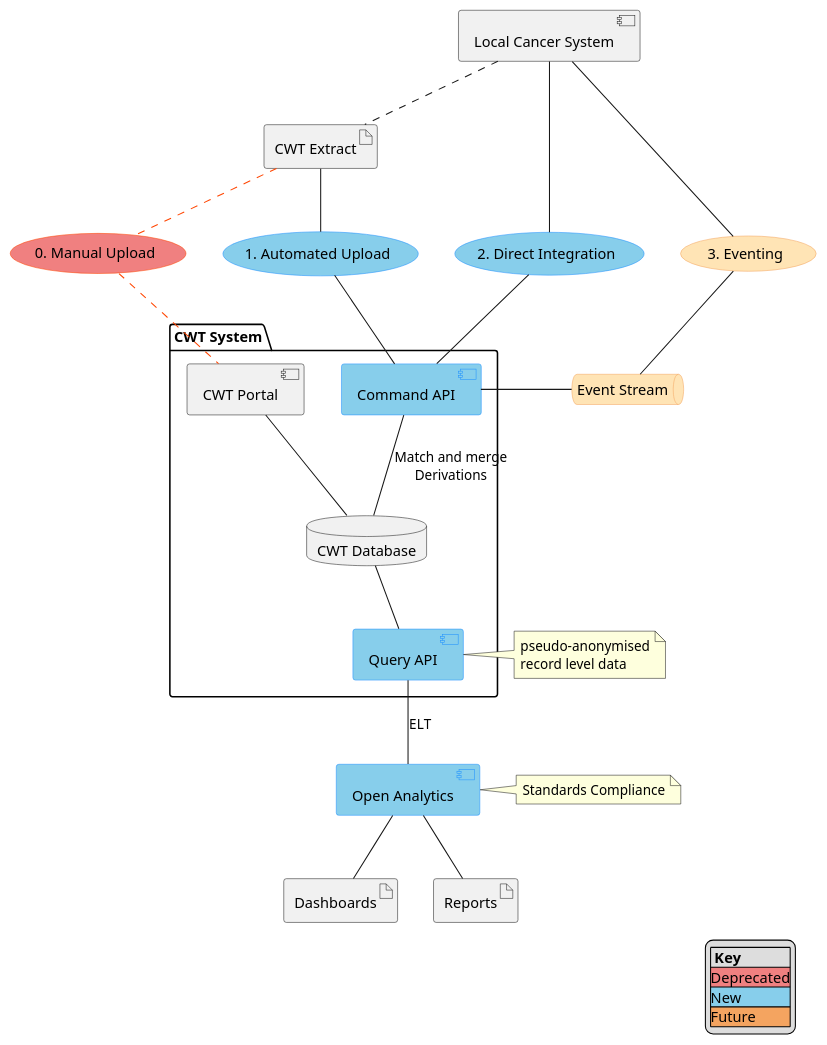
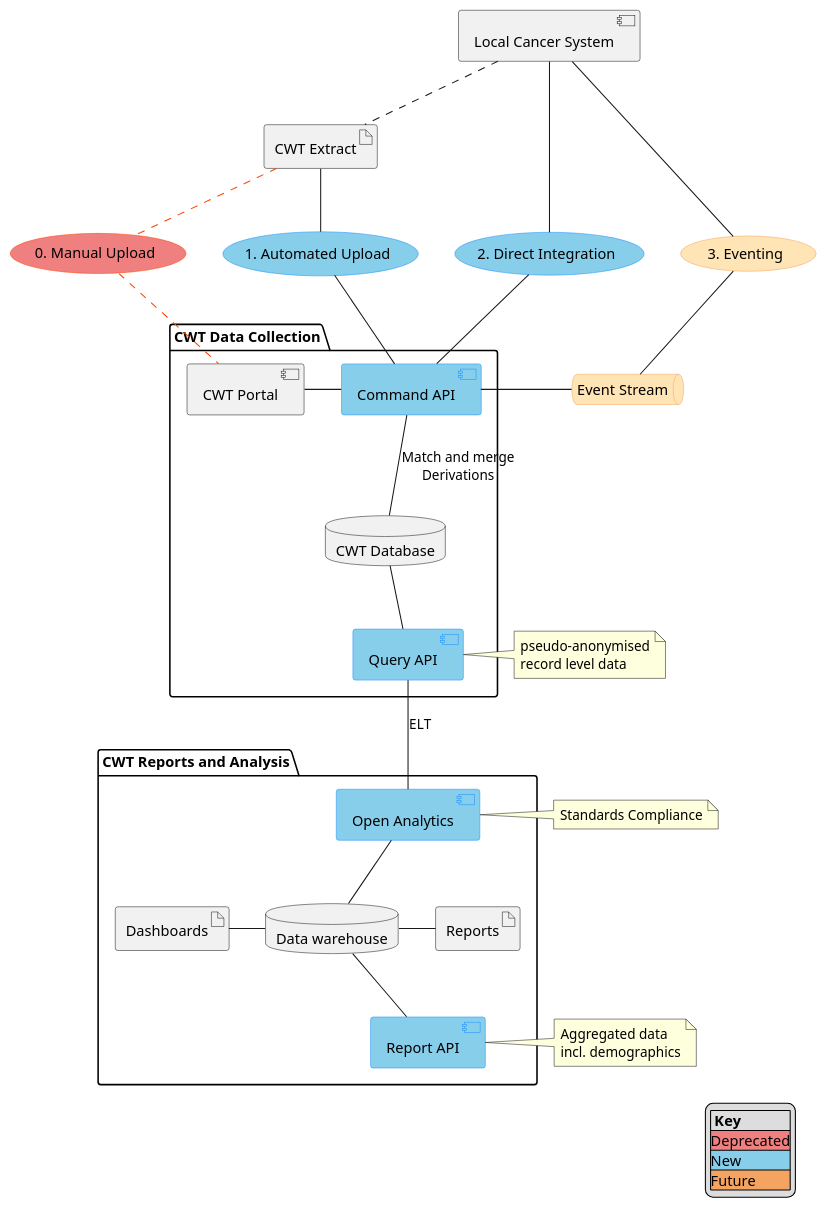
Before and after one commit to nhsx/dt-public: the diagram in CWT/ToBe/conceptual-model.puml, drawn with PlantUML. The commit also changed 3 other files, not shown here.

Commit message:
Update file(s) "/." from "nhsx/dt-architecture"

```diff
--- a/CWT/ToBe/conceptual-model.puml
+++ b/CWT/ToBe/conceptual-model.puml
@@ -1,108 +1,123 @@
 @startuml cwt-tobe-conceptual-model
 'left to right direction
 
 hide stereotype
 skinparam usecase {
   BackgroundColor<<New>> #SkyBlue
   BorderColor<<New>> #DodgerBlue
 
   BackgroundColor<<Deprecated>> #LightCoral  
   BorderColor<<Deprecated>> #OrangeRed
 
   BackgroundColor<<Future>> #Moccasin  
   BorderColor<<Future>> #SandyBrown  
 }
 
 skinparam component {
   BackgroundColor<<New>> #SkyBlue
   BorderColor<<New>> #DodgerBlue
 
   BackgroundColor<<Deprecated>> #LightCoral  
   BorderColor<<Deprecated>> #OrangeRed
 }
 
 skinparam queue {
   BackgroundColor<<Future>> #Moccasin  
   BorderColor<<Future>> #SandyBrown    
 }
 
 skinparam arrow {
   Color<<Deprecated>> #OrangeRed 
 }
 
 skinparam rectangle {
   BackgroundColor<<New>> #SkyBlue
   BorderColor<<New>> #DodgerBlue
 
   BackgroundColor<<Deprecated>> #LightCoral  
   BorderColor<<Deprecated>> #OrangeRed
 
   BackgroundColor<<Future>> #Moccasin  
   BorderColor<<Future>> #SandyBrown    
 }
 
 component "Local Cancer System" as lcs
 queue "Event Stream" <<Future>> as es
 artifact "CWT Extract" as file
 
 usecase "0. Manual Upload" <<Deprecated>> as mup
 usecase "1. Automated Upload" <<New>> as aup
 usecase "2. Direct Integration" <<New>> as di
 usecase "3. Eventing" <<Future>> as ev
 
-package "CWT System" {
+package "CWT Data Collection" {
 
 component "CWT Portal" as cwt
 component "Command API" <<New>> as capi
 database "CWT Database" as db
 component "Query API" <<New>>   as qapi
 
-cwt -- db
+cwt - capi
 capi -- db : Match and merge\nDerivations 
 db -- qapi
 
 }
 
+package "CWT Reports and Analysis" {
+
+
 component "Open Analytics" <<New>> as oa
-
+database "Data warehouse" as dw
+component "Report API" <<New>> as ra
 artifact "Dashboards" as dbs
 artifact "Reports" as rpt
+}
 
 note as n1
   pseudo-anonymised
   record level data
 endnote
 
 note as n2
   Standards Compliance
+endnote
+
+note as n3
+  Aggregated data 
+  incl. demographics
 endnote
 
 lcs .. file
 file .. mup<<Deprecated>>
 mup .. cwt<<Deprecated>>
 
 file -- aup
 aup -- capi
 
 lcs --- di
 di -- capi
 
 lcs --- ev
 ev -- es
 capi - es
 
 qapi -- oa : ELT
-oa -- dbs
-oa -- rpt
+oa -- dw
+
+dw -- ra
+
+dw -left- dbs
+dw -right- rpt
 
 qapi - n1
 oa - n2
+ra - n3
 
 legend right
 |= Key |
 |<#LightCoral>Deprecated|
 |<#SkyBlue>New|
 |<#SandyBrown>Future|
 endlegend
 
 @enduml
```
